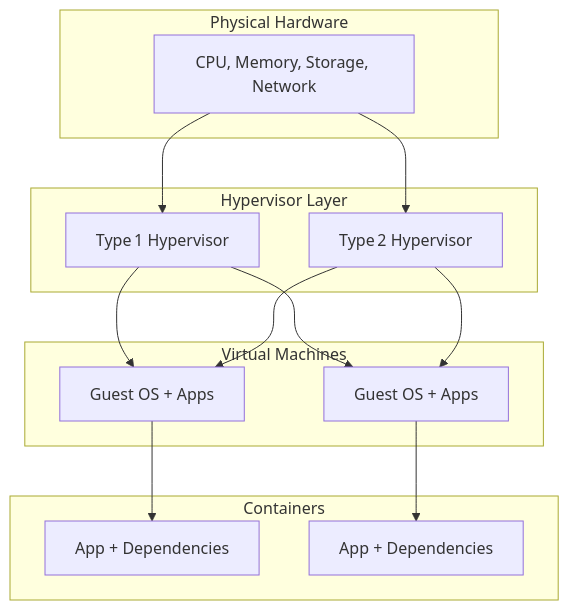
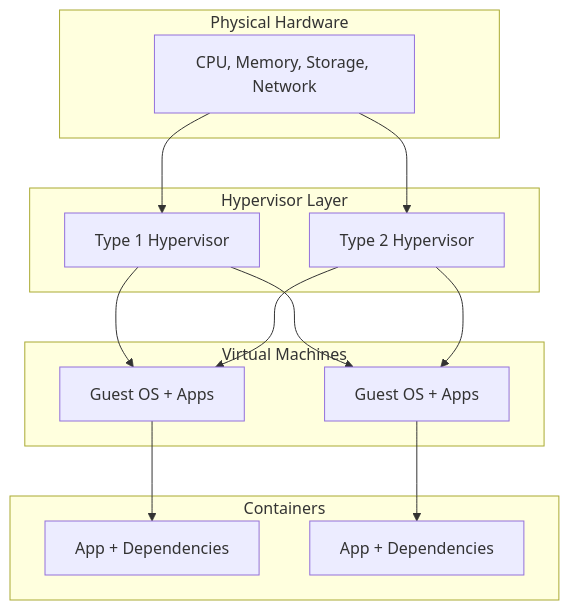
Before and after one commit to Saadmomin2903/dbda-notes: the seventh of 7 diagrams in linux_notes.md, drawn with Mermaid. The commit also changed other lines of this file and 1 other file, not shown here.

Commit message:
Fix syntax in all Mermaid diagrams

````diff
--- a/linux_notes.md
+++ b/linux_notes.md
@@ -1201,26 +1213,26 @@
 ```mermaid
 flowchart TB
-    subgraph PhysicalHardware[Physical Hardware]
-        HW[CPU, Memory, Storage, Network]
+    subgraph PhysicalHardware["Physical Hardware"]
+        HW["CPU, Memory, Storage, Network"]
     end
-    subgraph Hypervisor[Hypervisor Layer]
-        HV1[Type 1 Hypervisor]
-        HV2[Type 2 Hypervisor]
+    subgraph Hypervisor["Hypervisor Layer"]
+        HV1["Type 1 Hypervisor"]
+        HV2["Type 2 Hypervisor"]
     end
-    subgraph VMs[Virtual Machines]
-        VM1[Guest OS + Apps]
-        VM2[Guest OS + Apps]
+    subgraph VMs["Virtual Machines"]
+        VM1["Guest OS + Apps"]
+        VM2["Guest OS + Apps"]
     end
-    subgraph Containers[Containers]
-        C1[App + Dependencies]
-        C2[App + Dependencies]
+    subgraph Containers["Containers"]
+        C1["App + Dependencies"]
+        C2["App + Dependencies"]
     end
     HW --> HV1
     HW --> HV2
     HV1 --> VM1
     HV1 --> VM2
     HV2 --> VM1
     HV2 --> VM2
     VM1 --> C1
     VM2 --> C2
 ```
````
